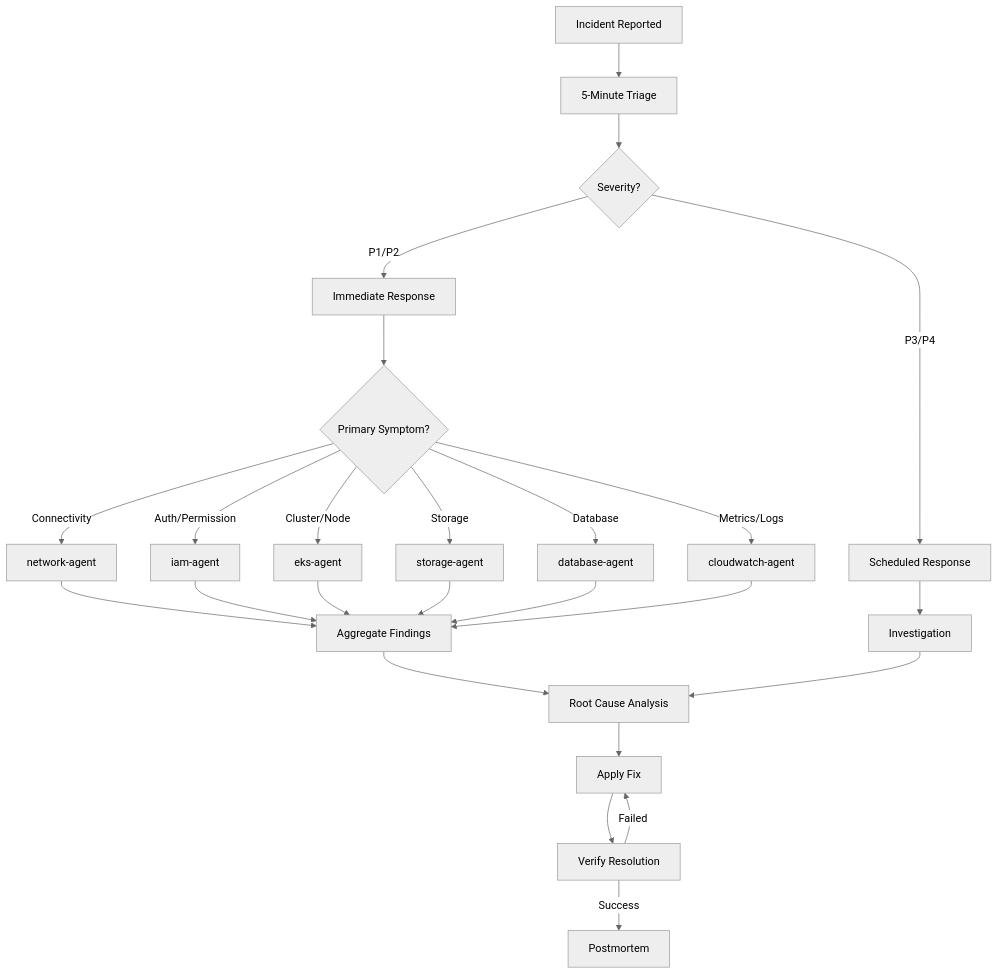
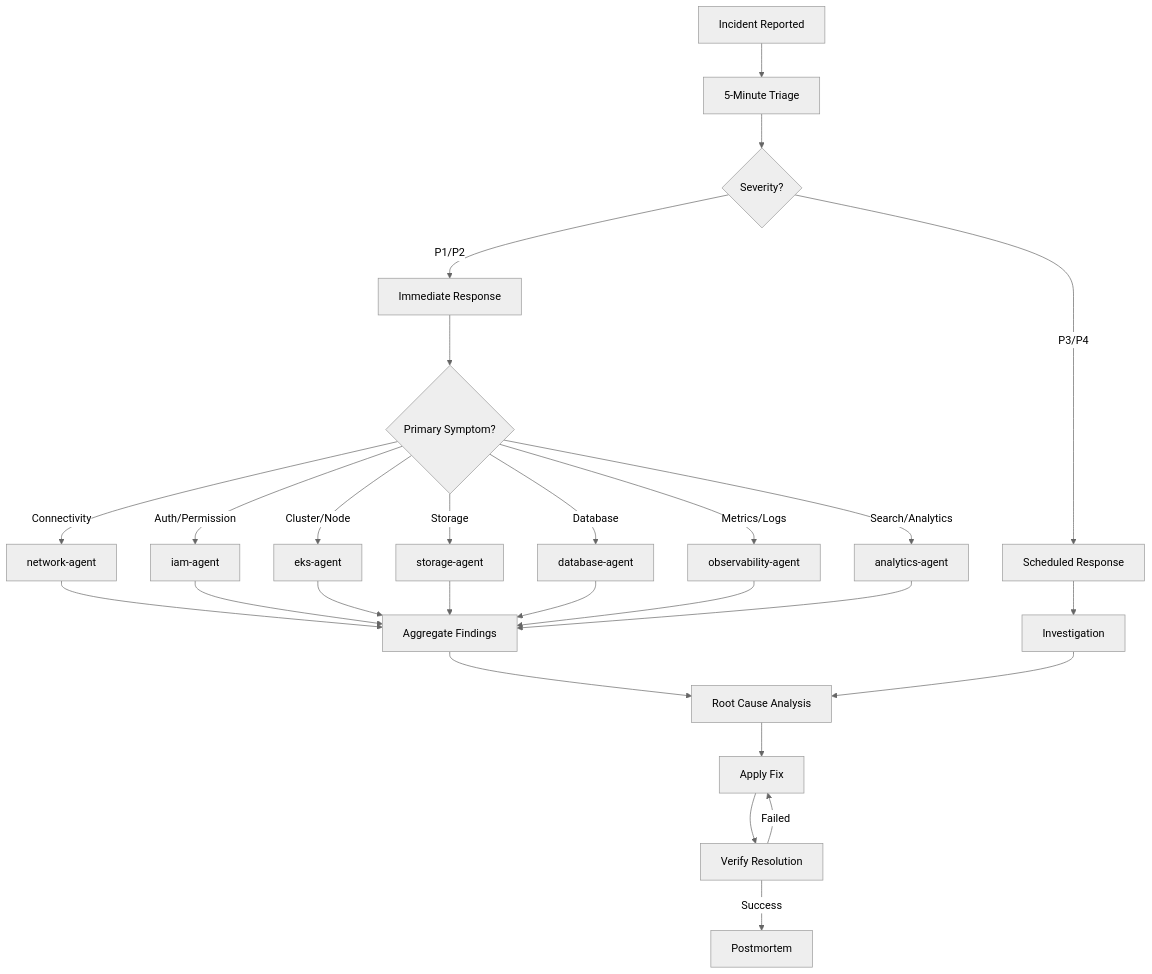
One commit to Atom-oh/oh-my-cloud-skills changed the diagram in plugins/aws-ops-plugin/agents/ops-coordinator-agent.md. Above: the diagram before and after it, drawn with Mermaid (neutral theme). The commit also changed other lines of this file and 6 other files, not shown here.

First line of the commit message:
feat: replace cloudwatch-agent with observability-agent, add analytics-agent

````diff
--- a/plugins/aws-ops-plugin/agents/ops-coordinator-agent.md
+++ b/plugins/aws-ops-plugin/agents/ops-coordinator-agent.md
@@ -66,33 +66,35 @@
 ```mermaid
 flowchart TD
     START[Incident Reported] --> TRIAGE[5-Minute Triage]
     TRIAGE --> SEVERITY{Severity?}
 
     SEVERITY -->|P1/P2| IMMEDIATE[Immediate Response]
     SEVERITY -->|P3/P4| SCHEDULED[Scheduled Response]
 
     IMMEDIATE --> SYMPTOMS{Primary Symptom?}
 
     SYMPTOMS -->|Connectivity| NET[network-agent]
     SYMPTOMS -->|Auth/Permission| IAM[iam-agent]
     SYMPTOMS -->|Cluster/Node| EKS[eks-agent]
     SYMPTOMS -->|Storage| STOR[storage-agent]
     SYMPTOMS -->|Database| DB[database-agent]
-    SYMPTOMS -->|Metrics/Logs| CW[cloudwatch-agent]
+    SYMPTOMS -->|Metrics/Logs| OBS[observability-agent]
+    SYMPTOMS -->|Search/Analytics| ANA[analytics-agent]
 
     NET --> AGGREGATE[Aggregate Findings]
     IAM --> AGGREGATE
     EKS --> AGGREGATE
     STOR --> AGGREGATE
     DB --> AGGREGATE
-    CW --> AGGREGATE
+    OBS --> AGGREGATE
+    ANA --> AGGREGATE
 
     AGGREGATE --> RCA[Root Cause Analysis]
     RCA --> FIX[Apply Fix]
     FIX --> VERIFY[Verify Resolution]
     VERIFY -->|Failed| FIX
     VERIFY -->|Success| POSTMORTEM[Postmortem]
 
     SCHEDULED --> INVESTIGATE[Investigation]
     INVESTIGATE --> RCA
 ```
````
